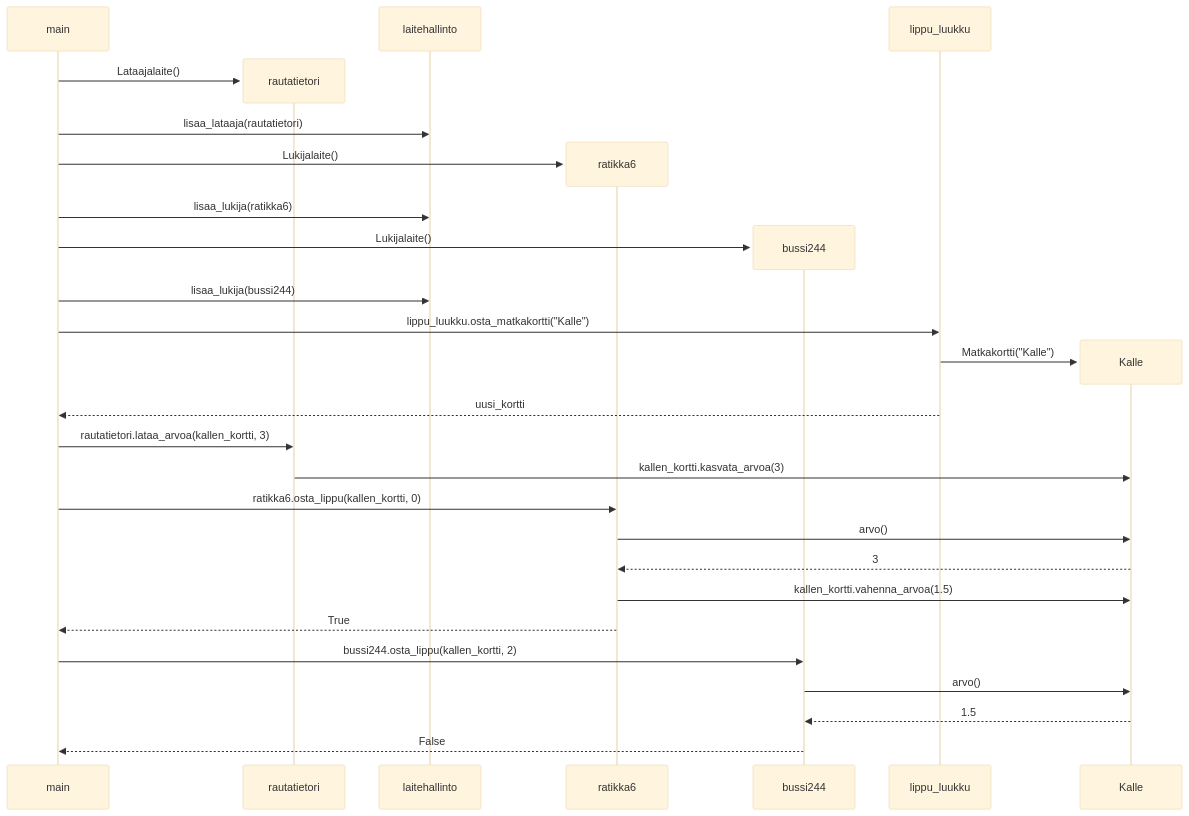
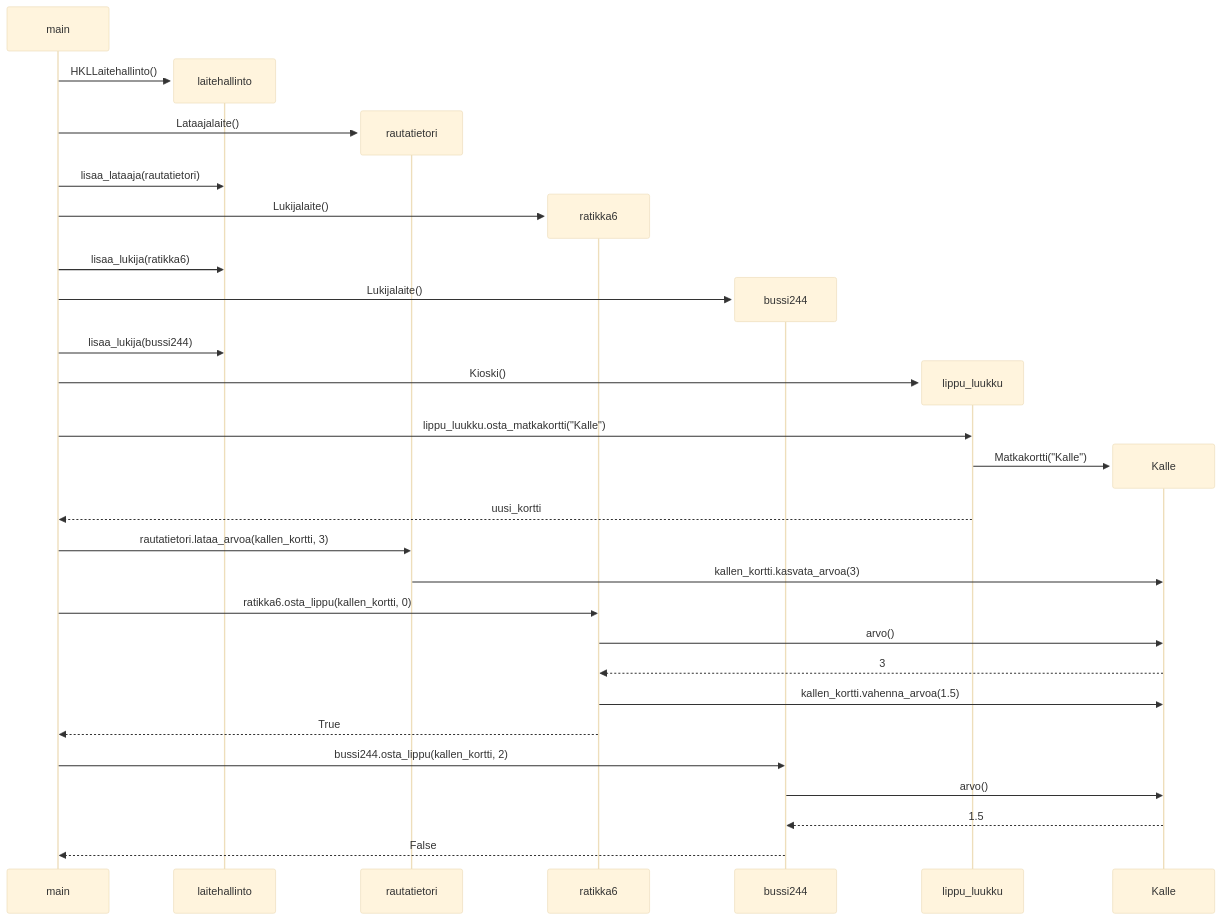
Before and after one commit to kuosaton/ot-harjoitustyo: the diagram in laskarit/viikko3/hsl_sekvensssikaavio.md, drawn with Mermaid (base theme).

````diff
--- a/laskarit/viikko3/hsl_sekvensssikaavio.md
+++ b/laskarit/viikko3/hsl_sekvensssikaavio.md
@@ -1,36 +1,39 @@
 ```mermaid
 sequenceDiagram
     participant main
+    create participant laitehallinto
+    main->>laitehallinto: HKLLaitehallinto()
     create participant rautatietori
     main->>rautatietori: Lataajalaite()
-    participant laitehallinto
     main->>laitehallinto: lisaa_lataaja(rautatietori)
     create participant ratikka6
     main->>ratikka6: Lukijalaite()
     main->>laitehallinto: lisaa_lukija(ratikka6)
     create participant bussi244
     main->>bussi244: Lukijalaite()
     main->>laitehallinto: lisaa_lukija(bussi244)
-    participant lippu_luukku
+
+    create participant lippu_luukku
+    main->>lippu_luukku: Kioski()
     main->>lippu_luukku: lippu_luukku.osta_matkakortti("Kalle")
     create participant Kalle
     lippu_luukku->>Kalle: Matkakortti("Kalle")
     lippu_luukku-->>main: uusi_kortti
     main->>rautatietori: rautatietori.lataa_arvoa(kallen_kortti, 3)
     rautatietori->>Kalle: kallen_kortti.kasvata_arvoa(3)
     main->>ratikka6: ratikka6.osta_lippu(kallen_kortti, 0)
     ratikka6->>Kalle: arvo()
     Kalle-->>ratikka6: 3
     ratikka6->>Kalle: kallen_kortti.vahenna_arvoa(1.5)
     ratikka6-->>main: True
 
     main->>bussi244: bussi244.osta_lippu(kallen_kortti, 2)
     bussi244->>Kalle: arvo()
     Kalle-->>bussi244: 1.5
     bussi244-->>main: False
     
 
     
     
 
 ```
````
